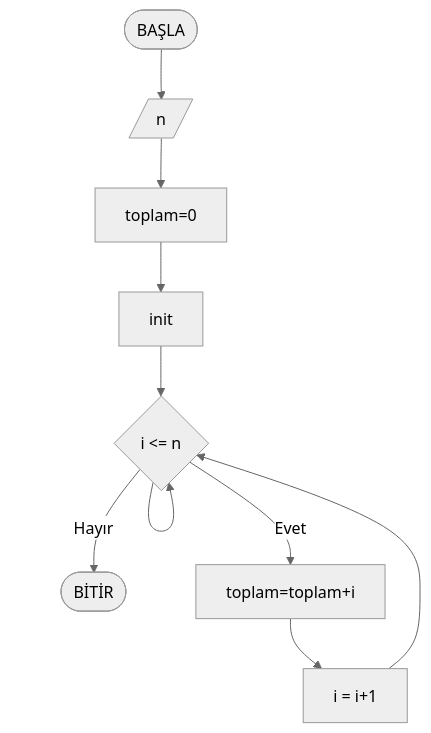
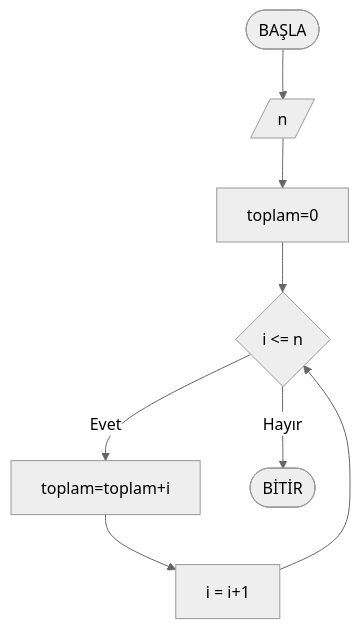
One commit to ibrahimayaz/Algoritma-ve-Programlamaya-Giris-2025 changed the second of 6 diagrams in Hafta03/ders_icerik.md. Above: the diagram before and after it, drawn with Mermaid (neutral theme).

Commit message:
Hafta03 guncellendi

````diff
--- a/Hafta03/ders_icerik.md
+++ b/Hafta03/ders_icerik.md
@@ -370,8 +370,8 @@
 ```mermaid
 flowchart TD
   start([BAŞLA]) --> inNum[/n/] -->
   toplamm[toplam=0] -->
-  init --> loop{i <= n} -->
+  loop{i <= n}
   loop -- Evet --> toplam[toplam=toplam+i] --> inc[i = i+1] --> loop
   loop -- Hayır --> endNode([BİTİR])
 ```
````
